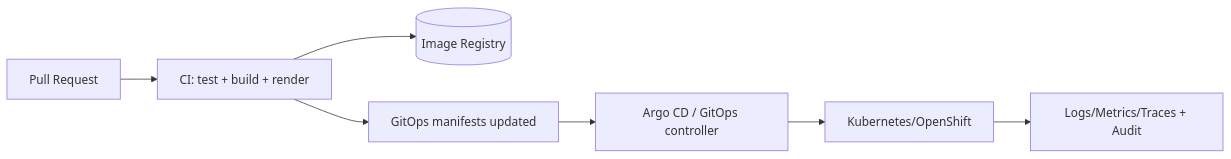
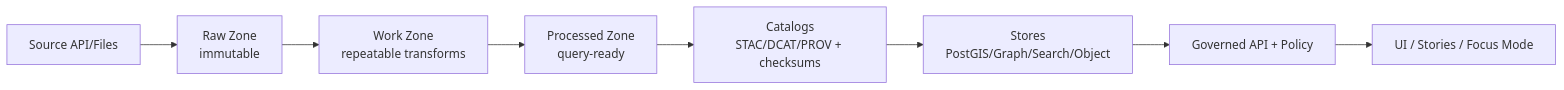
The second of 2 diagrams in infra/README.md (bartytime4life/Kansas-Frontier-Matrix), drawn with Mermaid before and after one commit. The commit also changed other lines of this file, not shown here.

````diff
--- a/infra/README.md
+++ b/infra/README.md
@@ -230,9 +144,10 @@
 ```mermaid
 flowchart LR
-  Dev[Pull Request] --> CI[CI: test + build + render]
-  CI --> Reg[(Image Registry)]
-  CI --> Git[GitOps manifests updated]
-  Git --> CD[Argo CD / GitOps controller]
-  CD --> Cluster[Kubernetes/OpenShift]
-  Cluster --> Obs[Logs/Metrics/Traces + Audit]
+  SRC[Source API/Files] --> RAW[Raw Zone\nimmutable]
+  RAW --> WORK[Work Zone\nrepeatable transforms]
+  WORK --> PROC[Processed Zone\nquery-ready]
+  PROC --> CAT[Catalogs\nSTAC/DCAT/PROV + checksums]
+  CAT --> STORES[Stores\nPostGIS/Graph/Search/Object]
+  STORES --> API[Governed API + Policy]
+  API --> UI[UI / Stories / Focus Mode]
 ```
````
